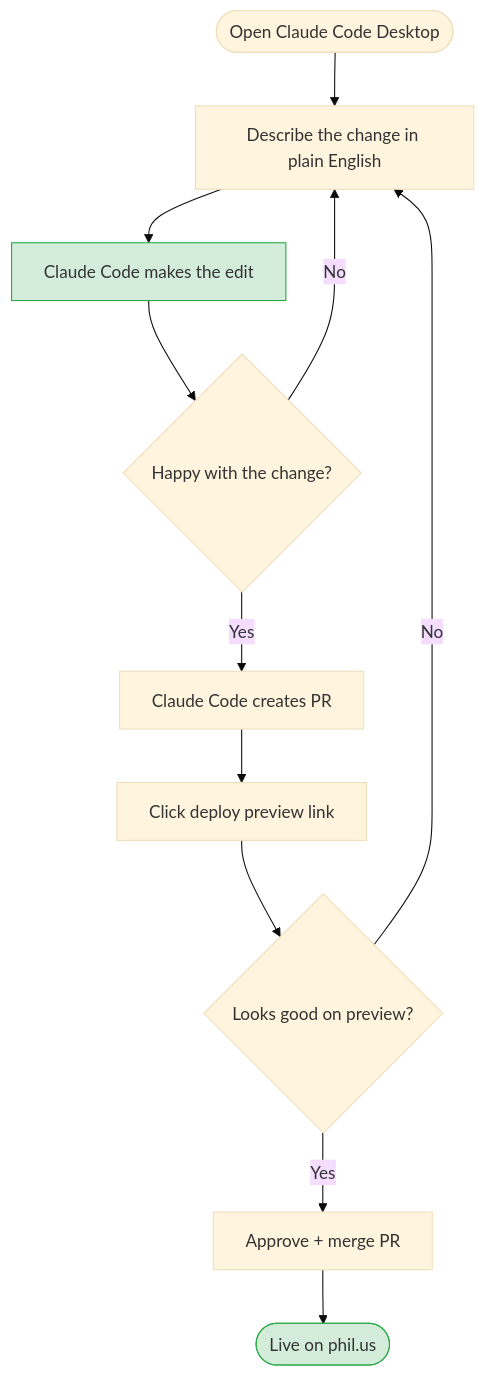
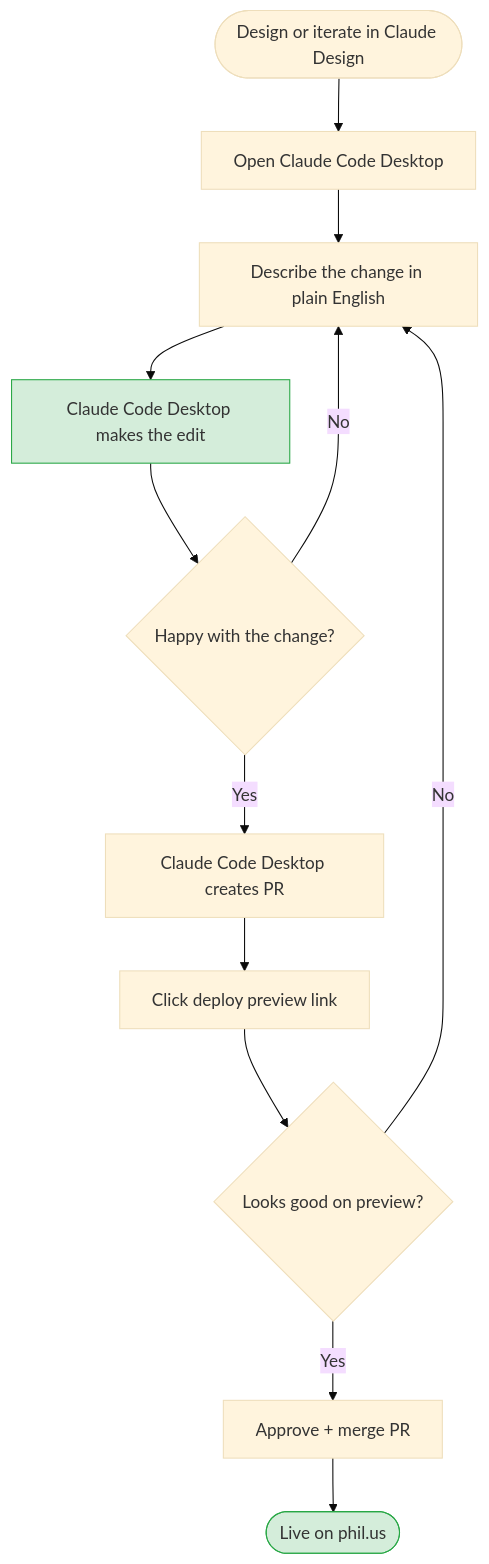
Diagram 13 of 13 in docs/proposal-remove-contentful.md (phil-inc/phil-us-contentful), drawn with Mermaid (base theme) before and after one commit. The commit also changed other lines of this file, not shown here.

First line of the commit message:
docs: consistently reference Claude Design + Claude Code Desktop together

````diff
--- a/docs/proposal-remove-contentful.md
+++ b/docs/proposal-remove-contentful.md
@@ -470,16 +475,17 @@
 ```mermaid
 flowchart TB
-    START([Open Claude Code Desktop]) --> DESCRIBE["Describe the change in plain English"]
-    DESCRIBE --> AI["Claude Code makes the edit"]
+    START([Design or iterate in Claude Design]) --> OPEN["Open Claude Code Desktop"]
+    OPEN --> DESCRIBE["Describe the change in plain English"]
+    DESCRIBE --> AI["Claude Code Desktop makes the edit"]
     AI --> REVIEW{"Happy with the change?"}
     REVIEW -->|No| DESCRIBE
-    REVIEW -->|Yes| PUSH["Claude Code creates PR"]
+    REVIEW -->|Yes| PUSH["Claude Code Desktop creates PR"]
     PUSH --> PREVIEW["Click deploy preview link"]
     PREVIEW --> CHECK{"Looks good on preview?"}
     CHECK -->|No| DESCRIBE
     CHECK -->|Yes| MERGE["Approve + merge PR"]
     MERGE --> DONE([Live on phil.us])
 
     style AI fill:#d4edda,stroke:#28a745
     style DONE fill:#d4edda,stroke:#28a745
 ```
````
